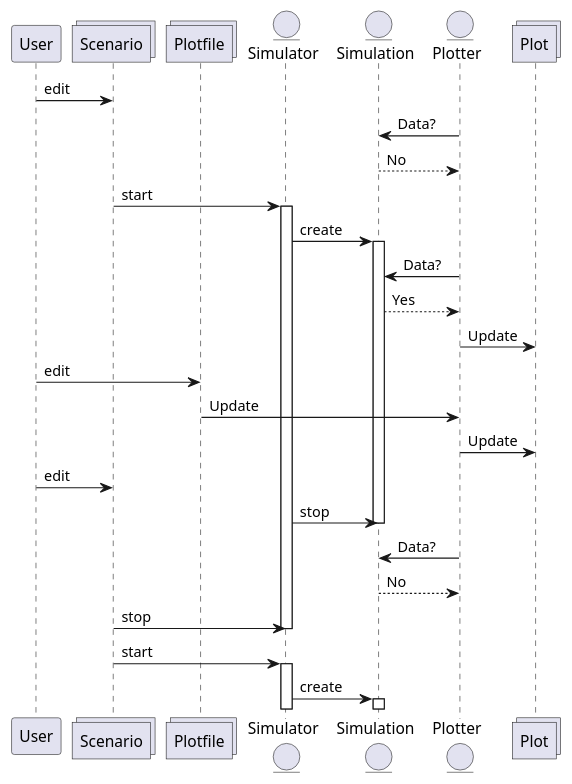
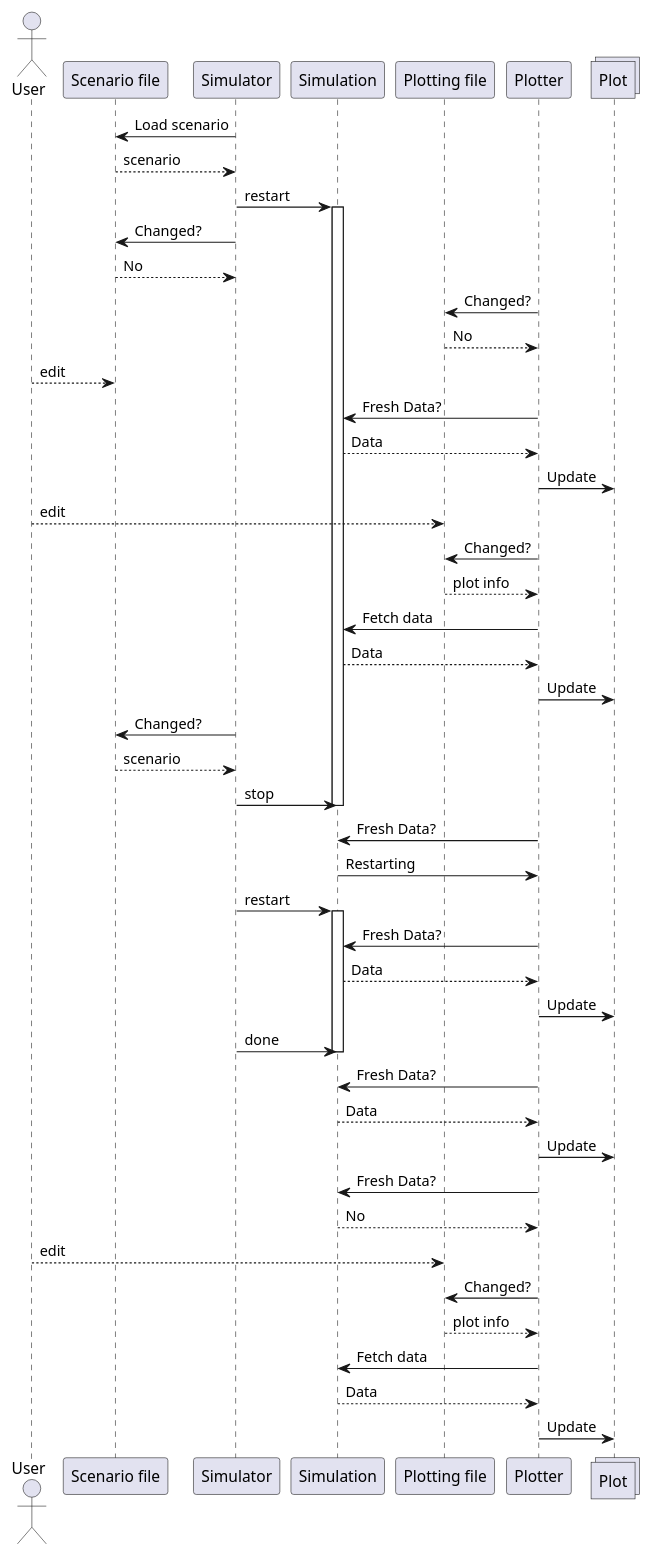
Before and after one commit to kghose/groho: the diagram in docs/uml/sequence.puml, drawn with PlantUML. The commit also changed 5 other files, not shown here.

Commit message:
Update sequence diagram

```diff
--- a/docs/uml/sequence.puml
+++ b/docs/uml/sequence.puml
@@ -1,52 +1,77 @@
 @startuml Sequence
-participant User
-collections Scenario
-collections Plotfile
-entity Simulator
-entity Simulation
-entity Plotter
 
+actor User
+participant "Scenario file" as scnf
+participant Simulator
+participant Simulation
+
+participant "Plotting file" as plotf
+participant Plotter
 collections Plot
 
-User -> Scenario: edit
-
-Plotter -> Simulation: Data?
-Plotter <-- Simulation: No
-
-Scenario -> Simulator: start
-activate Simulator
-
-Simulator -> Simulation: create
+Simulator -> scnf: Load scenario
+scnf --> Simulator: scenario
+Simulator -> Simulation: restart
 activate Simulation
 
-Plotter -> Simulation: Data?
-Plotter <-- Simulation: Yes
+Simulator -> scnf: Changed?
+scnf --> Simulator: No
 
-Plotter -> Plot: Update
 
-User -> Plotfile: edit
-Plotfile -> Plotter: Update
+Plotter -> plotf: Changed?
+Plotter <-- plotf: No
+
+User --> scnf: edit
+
+
+Plotter -> Simulation: Fresh Data?
+Plotter <-- Simulation: Data
 Plotter -> Plot: Update
 
 
-User -> Scenario: edit
+User --> plotf: edit
+Plotter -> plotf: Changed?
+Plotter <-- plotf: plot info
+Plotter -> Simulation: Fetch data
+Simulation --> Plotter: Data
+Plotter -> Plot: Update
+
+Simulator -> scnf: Changed?
+scnf --> Simulator: scenario
 
 Simulator -> Simulation: stop
 deactivate Simulation
 
-Plotter -> Simulation: Data?
+
+Plotter -> Simulation: Fresh Data?
+Plotter <- Simulation: Restarting
+
+
+Simulator -> Simulation: restart
+activate Simulation
+
+
+Plotter -> Simulation: Fresh Data?
+Plotter <-- Simulation: Data
+Plotter -> Plot: Update
+
+Simulator -> Simulation: done
+deactivate Simulation
+
+Plotter -> Simulation: Fresh Data?
+Plotter <-- Simulation: Data
+Plotter -> Plot: Update
+
+
+Plotter -> Simulation: Fresh Data?
 Plotter <-- Simulation: No
 
 
-Scenario -> Simulator: stop
-deactivate Simulator
-
-Scenario -> Simulator: start
-activate Simulator
-
-
-Simulator -> Simulation: create
-activate Simulation
-
+User --> plotf: edit
+Plotter -> plotf: Changed?
+Plotter <-- plotf: plot info
+Plotter -> Simulation: Fetch data
+Plotter <-- Simulation: Data
+Plotter -> Plot: Update
 
 @enduml
```
